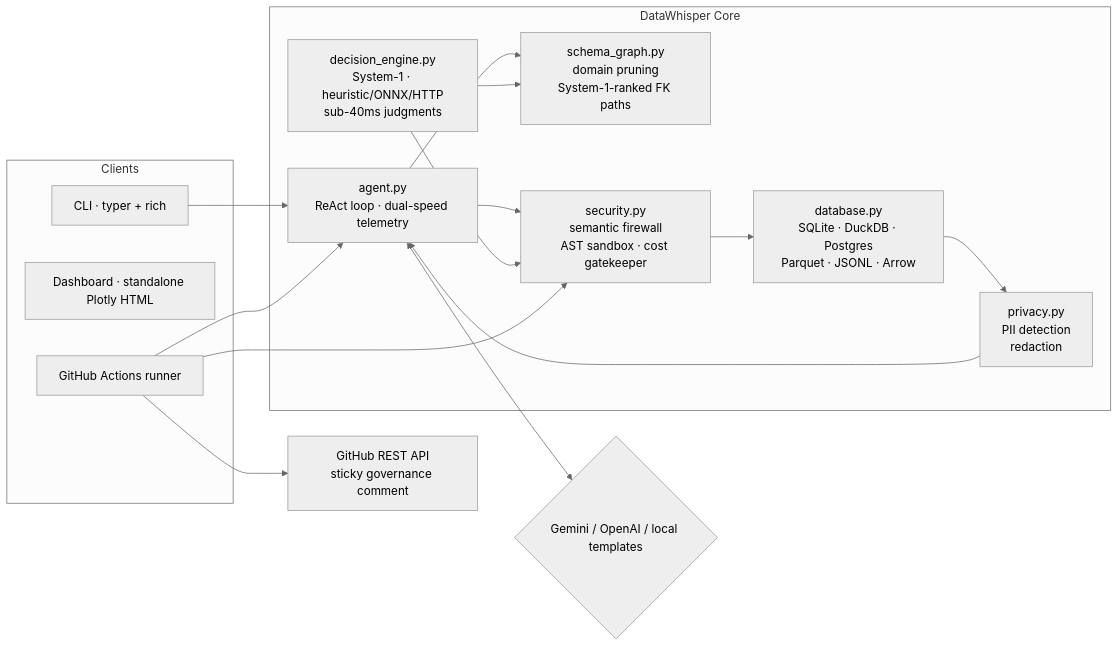
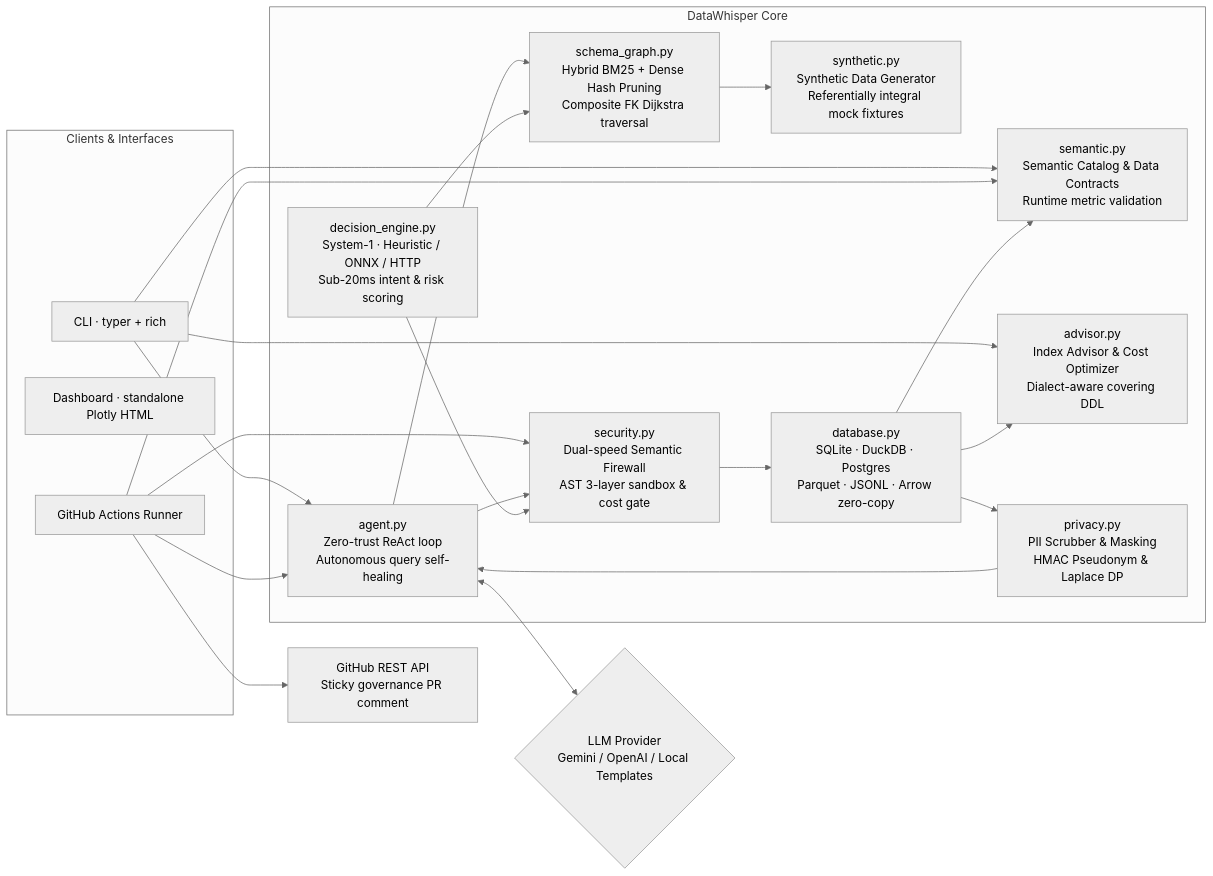
One commit to Green-tero/datawhisper changed the first of 2 diagrams in README.md. Above: the diagram before and after it, drawn with Mermaid (neutral theme). The commit also changed other lines of this file, not shown here.

Commit message:
docs: overhaul README for v1.5 with semantic layer, differential privacy, advisor, and bilingual sync

````diff
--- a/README.md
+++ b/README.md
@@ -45,33 +52,43 @@
 ```mermaid
 flowchart LR
-    subgraph Clients
+    subgraph Clients["Clients & Interfaces"]
         CLI["CLI · typer + rich"]
         DASH["Dashboard · standalone Plotly HTML"]
-        GHA["GitHub Actions runner"]
+        GHA["GitHub Actions Runner"]
     end
 
     subgraph Core["DataWhisper Core"]
-        DEC["decision_engine.py<br/>System-1 · heuristic/ONNX/HTTP<br/>sub-40ms judgments"]
-        GRAPH["schema_graph.py<br/>domain pruning<br/>System-1-ranked FK paths"]
-        AGENT["agent.py<br/>ReAct loop · dual-speed telemetry"]
-        SEC["security.py<br/>semantic firewall<br/>AST sandbox · cost gatekeeper"]
-        PRIV["privacy.py<br/>PII detection<br/>redaction"]
-        DB["database.py<br/>SQLite · DuckDB · Postgres<br/>Parquet · JSONL · Arrow"]
+        DEC["decision_engine.py<br/>System-1 · Heuristic / ONNX / HTTP<br/>Sub-20ms intent & risk scoring"]
+        GRAPH["schema_graph.py<br/>Hybrid BM25 + Dense Hash Pruning<br/>Composite FK Dijkstra traversal"]
+        AGENT["agent.py<br/>Zero-trust ReAct loop<br/>Autonomous query self-healing"]
+        SEC["security.py<br/>Dual-speed Semantic Firewall<br/>AST 3-layer sandbox & cost gate"]
+        SEM["semantic.py<br/>Semantic Catalog & Data Contracts<br/>Runtime metric validation"]
+        ADV["advisor.py<br/>Index Advisor & Cost Optimizer<br/>Dialect-aware covering DDL"]
+        PRIV["privacy.py<br/>PII Scrubber & Masking<br/>HMAC Pseudonym & Laplace DP"]
+        SYN["synthetic.py<br/>Synthetic Data Generator<br/>Referentially integral mock fixtures"]
+        DB["database.py<br/>SQLite · DuckDB · Postgres<br/>Parquet · JSONL · Arrow zero-copy"]
     end
 
-    LLM{"Gemini / OpenAI / local templates"}
-    GH["GitHub REST API<br/>sticky governance comment"]
+    LLM{"LLM Provider<br/>Gemini / OpenAI / Local Templates"}
+    GH["GitHub REST API<br/>Sticky governance PR comment"]
 
     CLI --> AGENT
+    CLI --> ADV
+    CLI --> SEM
     GHA --> AGENT
+    GHA --> SEM
+    GHA --> SEC
+    GHA --> GH
+
     AGENT --> GRAPH
     AGENT --> SEC
+    AGENT <--> LLM
     DEC --> SEC
     DEC --> GRAPH
     SEC --> DB
     DB --> PRIV
     PRIV --> AGENT
-    AGENT <--> LLM
-    GHA --> SEC
-    GHA --> GH
+    DB --> ADV
+    DB --> SEM
+    GRAPH --> SYN
 ```
````
